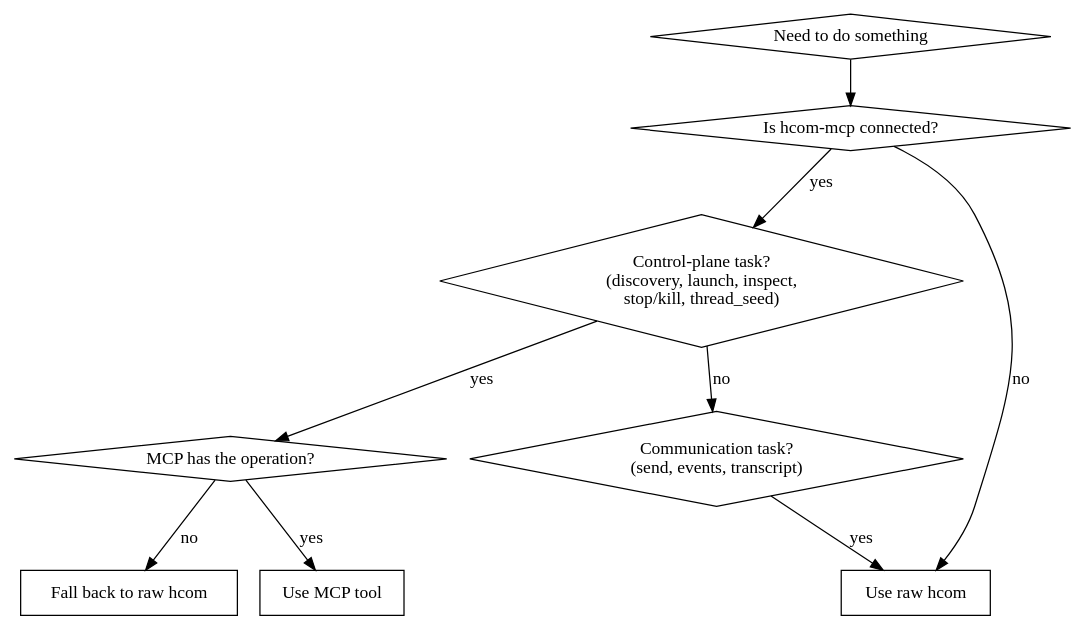
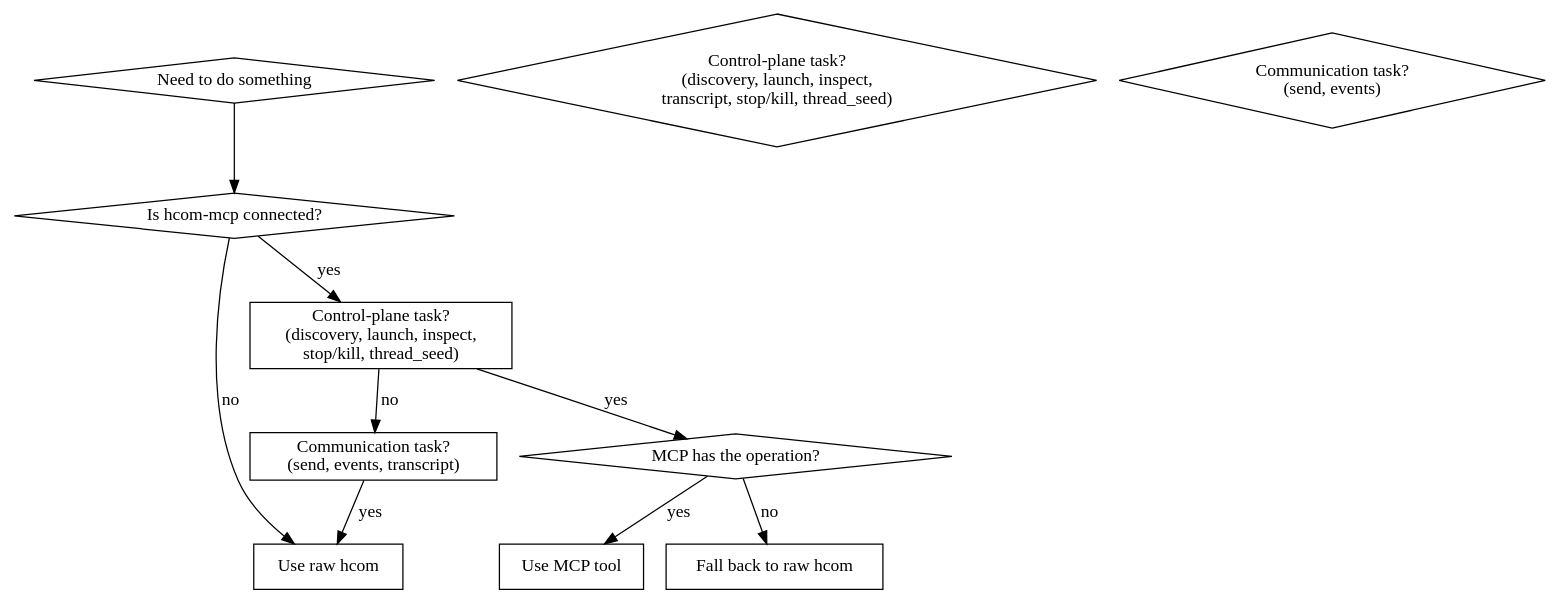
The diagram in skills/using-hcom/SKILL.md (scchearn/hcom-mcp), drawn with Graphviz before and after one commit. The commit also changed other lines of this file and 4 other files, not shown here.

````diff
--- a/skills/using-hcom/SKILL.md
+++ b/skills/using-hcom/SKILL.md
@@ -50,24 +50,24 @@
 ```dot
 digraph mcp_vs_raw {
   rankdir=TB;
   node [shape=box];
 
   "Need to do something" [shape=diamond];
   "Is hcom-mcp connected?" [shape=diamond];
-  "Control-plane task?\n(discovery, launch, inspect,\nstop/kill, thread_seed)" [shape=diamond];
+  "Control-plane task?\n(discovery, launch, inspect,\ntranscript, stop/kill, thread_seed)" [shape=diamond];
   "Use MCP tool" [shape=box];
-  "Communication task?\n(send, events, transcript)" [shape=diamond];
+  "Communication task?\n(send, events)" [shape=diamond];
   "Use raw hcom" [shape=box];
   "MCP has the operation?" [shape=diamond];
   "Fall back to raw hcom" [shape=box];
 
   "Need to do something" -> "Is hcom-mcp connected?";
   "Is hcom-mcp connected?" -> "Control-plane task?\n(discovery, launch, inspect,\nstop/kill, thread_seed)" [label="yes"];
   "Is hcom-mcp connected?" -> "Use raw hcom" [label="no"];
   "Control-plane task?\n(discovery, launch, inspect,\nstop/kill, thread_seed)" -> "MCP has the operation?" [label="yes"];
   "Control-plane task?\n(discovery, launch, inspect,\nstop/kill, thread_seed)" -> "Communication task?\n(send, events, transcript)" [label="no"];
   "MCP has the operation?" -> "Use MCP tool" [label="yes"];
   "MCP has the operation?" -> "Fall back to raw hcom" [label="no"];
   "Communication task?\n(send, events, transcript)" -> "Use raw hcom" [label="yes"];
 }
 ```
````
